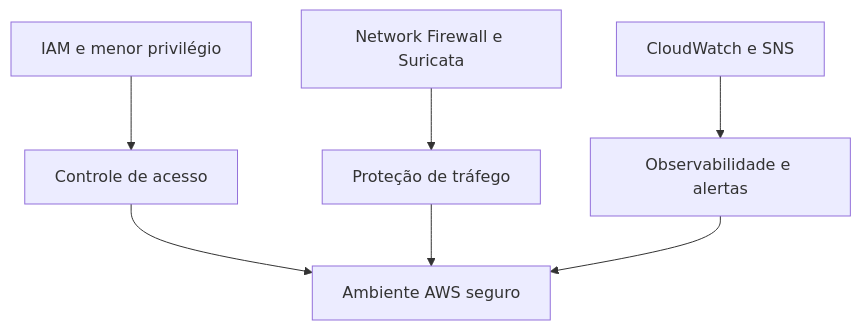
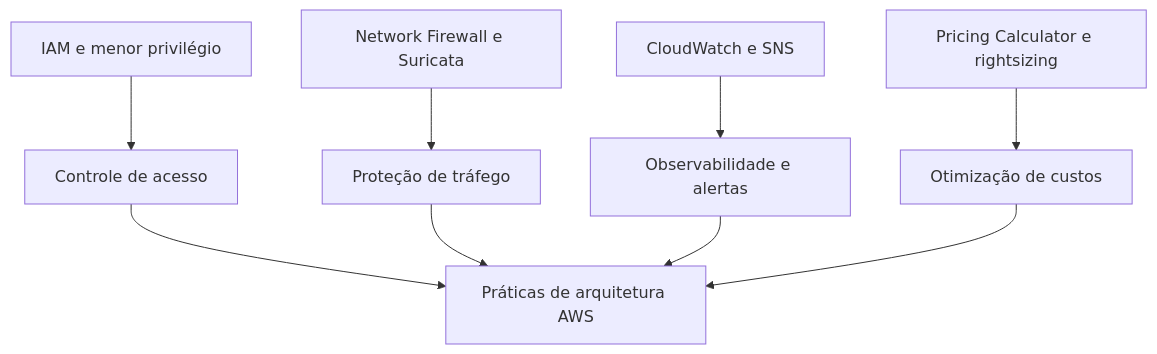
One commit to AirtonNettu/aws-cloud-labs-portfolio changed the diagram in README.md. Above: the diagram before and after it, drawn with Mermaid. The commit also changed other lines of this file and 12 other files, not shown here.

Commit message:
docs: adiciona laborátorio de otimização de custos na AWS

````diff
--- a/README.md
+++ b/README.md
@@ -15,9 +18,12 @@
 ```mermaid
 flowchart TD
     IAM["IAM e menor privilégio"] --> ACCESS["Controle de acesso"]
     FW["Network Firewall e Suricata"] --> PROTECT["Proteção de tráfego"]
     CW["CloudWatch e SNS"] --> OBS["Observabilidade e alertas"]
-    ACCESS --> AWS["Ambiente AWS seguro"]
+    COST["Pricing Calculator e rightsizing"] --> OPT["Otimização de custos"]
+
+    ACCESS --> AWS["Práticas de arquitetura AWS"]
     PROTECT --> AWS
     OBS --> AWS
+    OPT --> AWS
 ```
````
